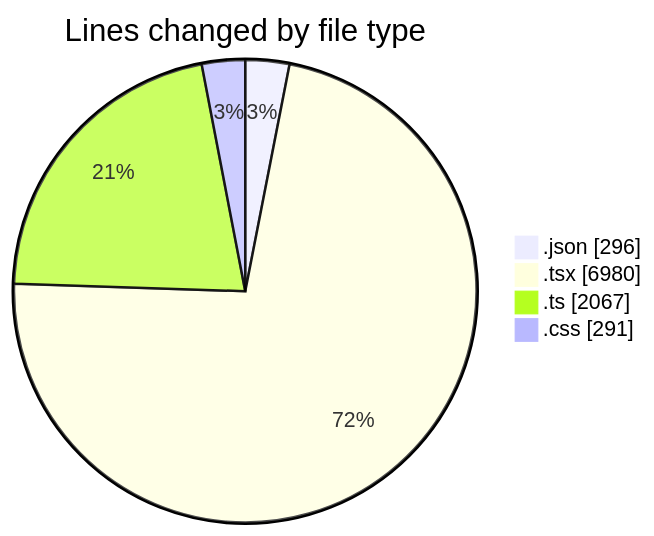
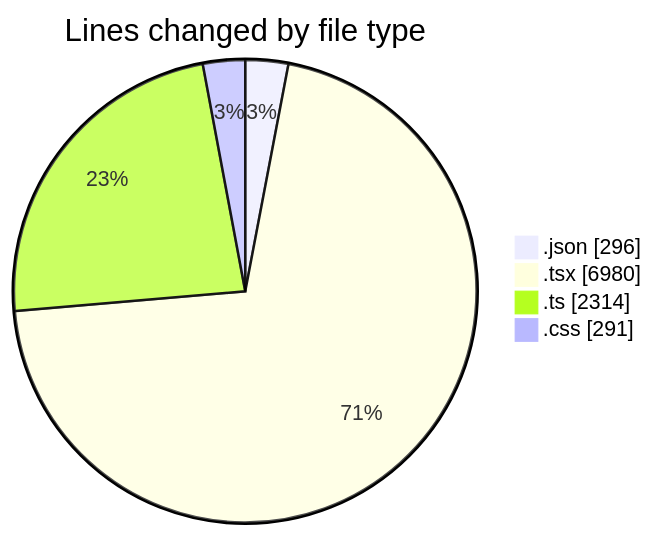
The first of 2 diagrams in 2025-10-07/eventscop-frontend-guide__workspace_/README.md (julien-gomy/code-tracking), drawn with Mermaid before and after one commit. The commit also changed other lines of this file and 1 other file, not shown here.

````diff
--- a/2025-10-07/eventscop-frontend-guide__workspace_/README.md
+++ b/2025-10-07/eventscop-frontend-guide__workspace_/README.md
@@ -74,8 +75,8 @@
 ```mermaid
 pie showData
 title Lines changed by file type
 ".json" : 296
 ".tsx" : 6980
-".ts" : 2067
+".ts" : 2314
 ".css" : 291
 ```
````
